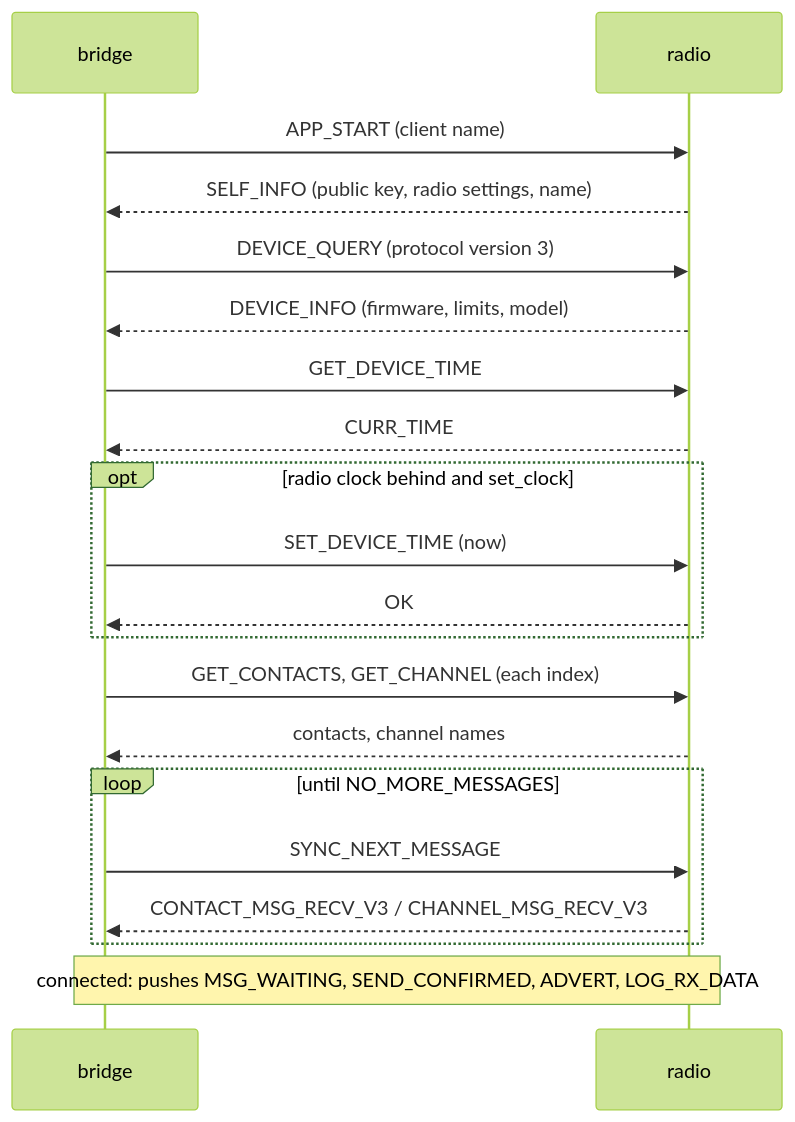
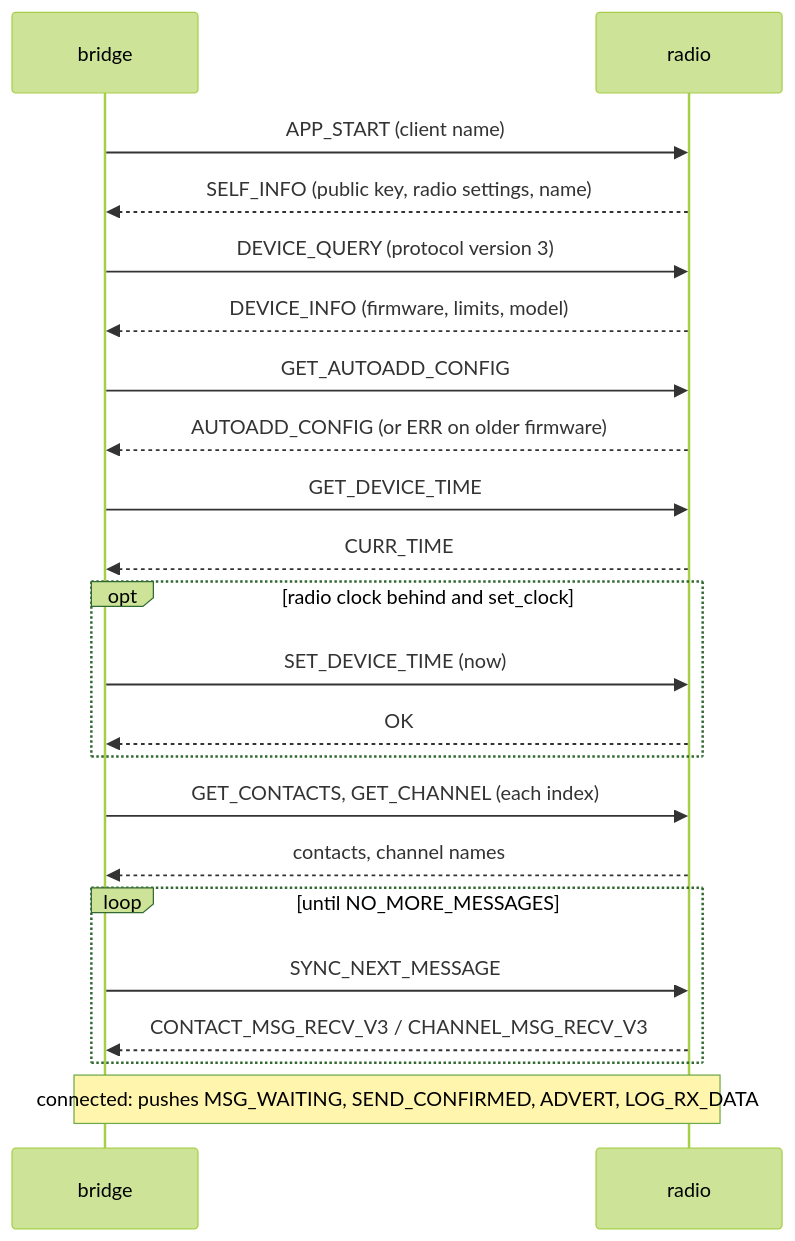
The third of 4 diagrams in docs/design.md (dkuenzel/meshcore-home-gateway), drawn with Mermaid (forest theme) before and after one commit. The commit also changed other lines of this file and 22 other files, not shown here.

````diff
--- a/docs/design.md
+++ b/docs/design.md
@@ -197,22 +202,24 @@
 ```mermaid
 sequenceDiagram
     participant B as bridge
     participant R as radio
     B->>R: APP_START (client name)
     R-->>B: SELF_INFO (public key, radio settings, name)
     B->>R: DEVICE_QUERY (protocol version 3)
     R-->>B: DEVICE_INFO (firmware, limits, model)
+    B->>R: GET_AUTOADD_CONFIG
+    R-->>B: AUTOADD_CONFIG (or ERR on older firmware)
     B->>R: GET_DEVICE_TIME
     R-->>B: CURR_TIME
     opt radio clock behind and set_clock
         B->>R: SET_DEVICE_TIME (now)
         R-->>B: OK
     end
     B->>R: GET_CONTACTS, GET_CHANNEL (each index)
     R-->>B: contacts, channel names
     loop until NO_MORE_MESSAGES
         B->>R: SYNC_NEXT_MESSAGE
         R-->>B: CONTACT_MSG_RECV_V3 / CHANNEL_MSG_RECV_V3
     end
     Note over B,R: connected: pushes MSG_WAITING, SEND_CONFIRMED, ADVERT, LOG_RX_DATA
 ```
````
